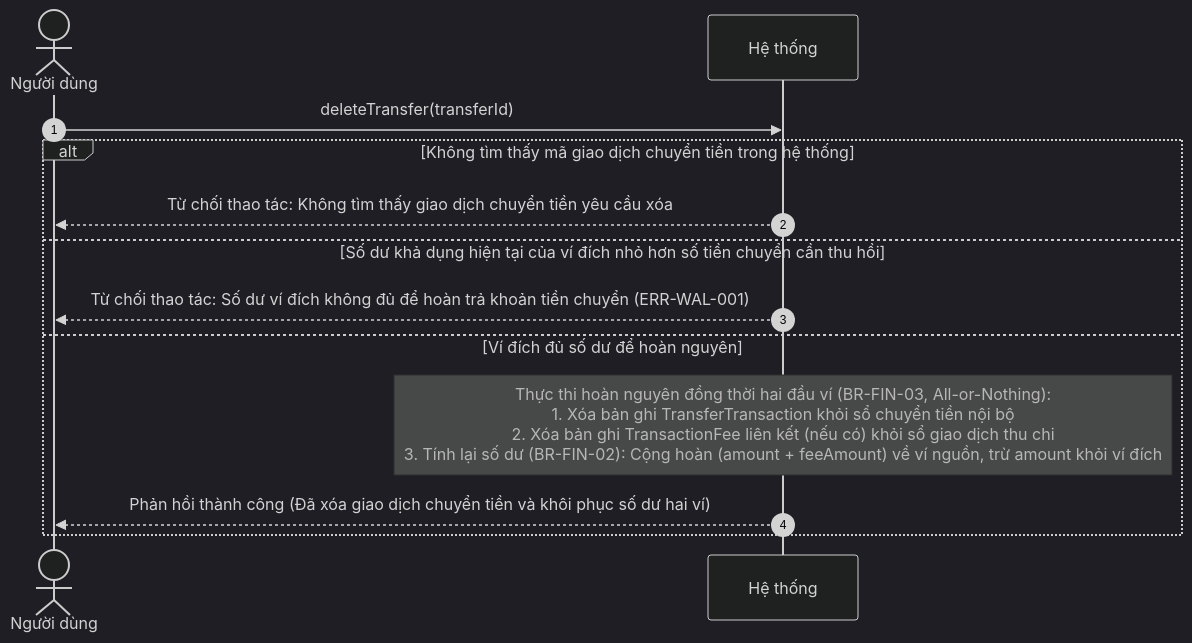
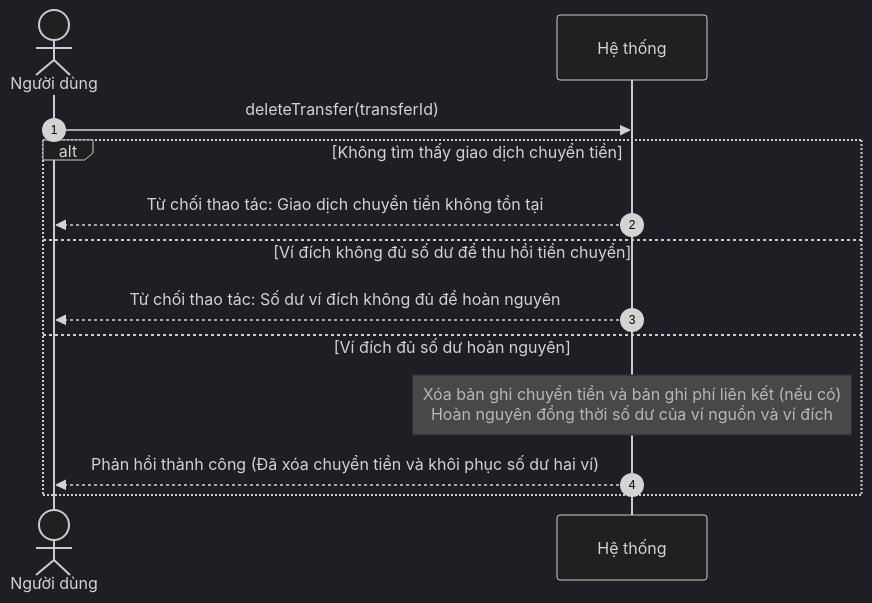
Diagram 11 of 20 in docs/object-oriented-analysis/03-so-do-tuan-tu-he-thong-ssd.md (mynhleeh/pfms-oop), drawn with Mermaid (dark theme) before and after one commit. The commit also changed other lines of this file and 3 other files, not shown here.

Commit message:
docs(ood): 03 04 05 06 - fix the rule and errror notation - fix the diagrams

````diff
--- a/docs/object-oriented-analysis/03-so-do-tuan-tu-he-thong-ssd.md
+++ b/docs/object-oriented-analysis/03-so-do-tuan-tu-he-thong-ssd.md
@@ -459,16 +443,16 @@
 ```mermaid
 sequenceDiagram
     autonumber
     actor User as Người dùng
     participant System as Hệ thống
 
     User->>System: deleteTransfer(transferId)
-    alt Không tìm thấy mã giao dịch chuyển tiền trong hệ thống
-        System-->>User: Từ chối thao tác: Không tìm thấy giao dịch chuyển tiền yêu cầu xóa
-    else Số dư khả dụng hiện tại của ví đích nhỏ hơn số tiền chuyển cần thu hồi
-        System-->>User: Từ chối thao tác: Số dư ví đích không đủ để hoàn trả khoản tiền chuyển (ERR-WAL-001)
-    else Ví đích đủ số dư để hoàn nguyên
-        Note over System: Thực thi hoàn nguyên đồng thời hai đầu ví (BR-FIN-03, All-or-Nothing):<br/>1. Xóa bản ghi TransferTransaction khỏi sổ chuyển tiền nội bộ<br/>2. Xóa bản ghi TransactionFee liên kết (nếu có) khỏi sổ giao dịch thu chi<br/>3. Tính lại số dư (BR-FIN-02): Cộng hoàn (amount + feeAmount) về ví nguồn, trừ amount khỏi ví đích
-        System-->>User: Phản hồi thành công (Đã xóa giao dịch chuyển tiền và khôi phục số dư hai ví)
+    alt Không tìm thấy giao dịch chuyển tiền
+        System-->>User: Từ chối thao tác: Giao dịch chuyển tiền không tồn tại
+    else Ví đích không đủ số dư để thu hồi tiền chuyển
+        System-->>User: Từ chối thao tác: Số dư ví đích không đủ để hoàn nguyên
+    else Ví đích đủ số dư hoàn nguyên
+        Note over System: Xóa bản ghi chuyển tiền và bản ghi phí liên kết (nếu có)<br/>Hoàn nguyên đồng thời số dư của ví nguồn và ví đích
+        System-->>User: Phản hồi thành công (Đã xóa chuyển tiền và khôi phục số dư hai ví)
     end
 ```
````
